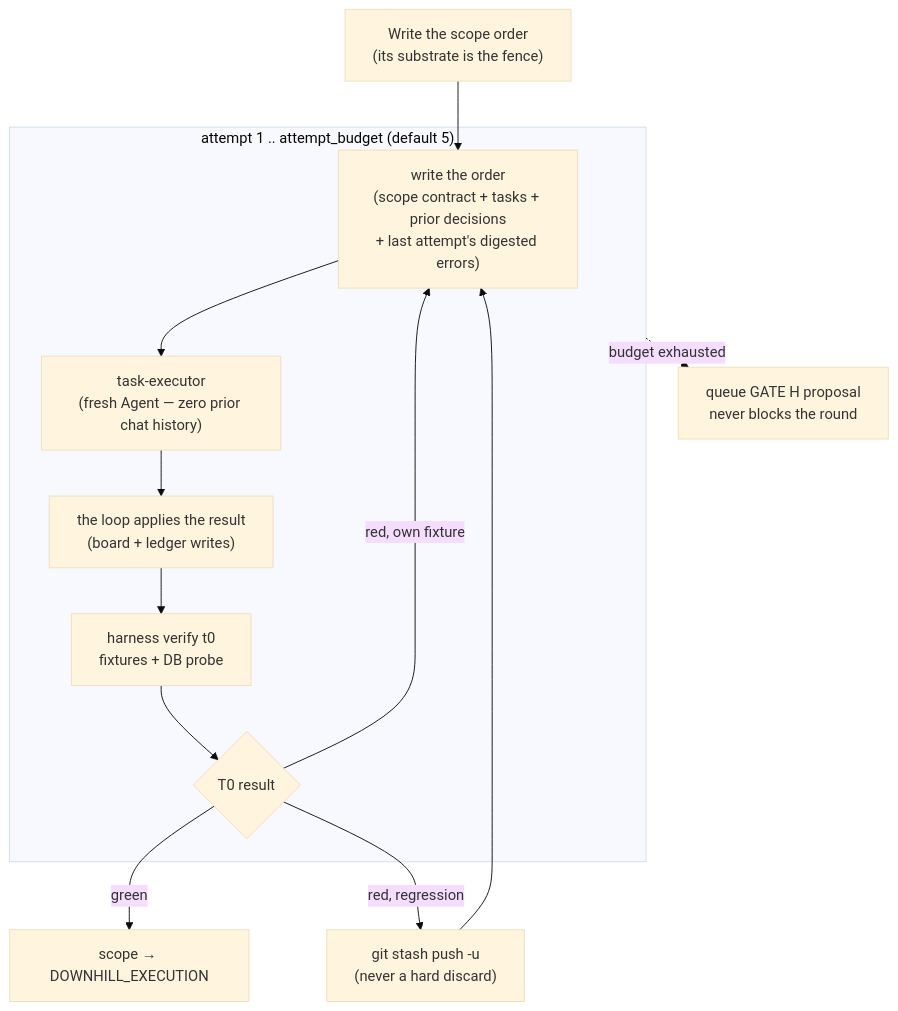
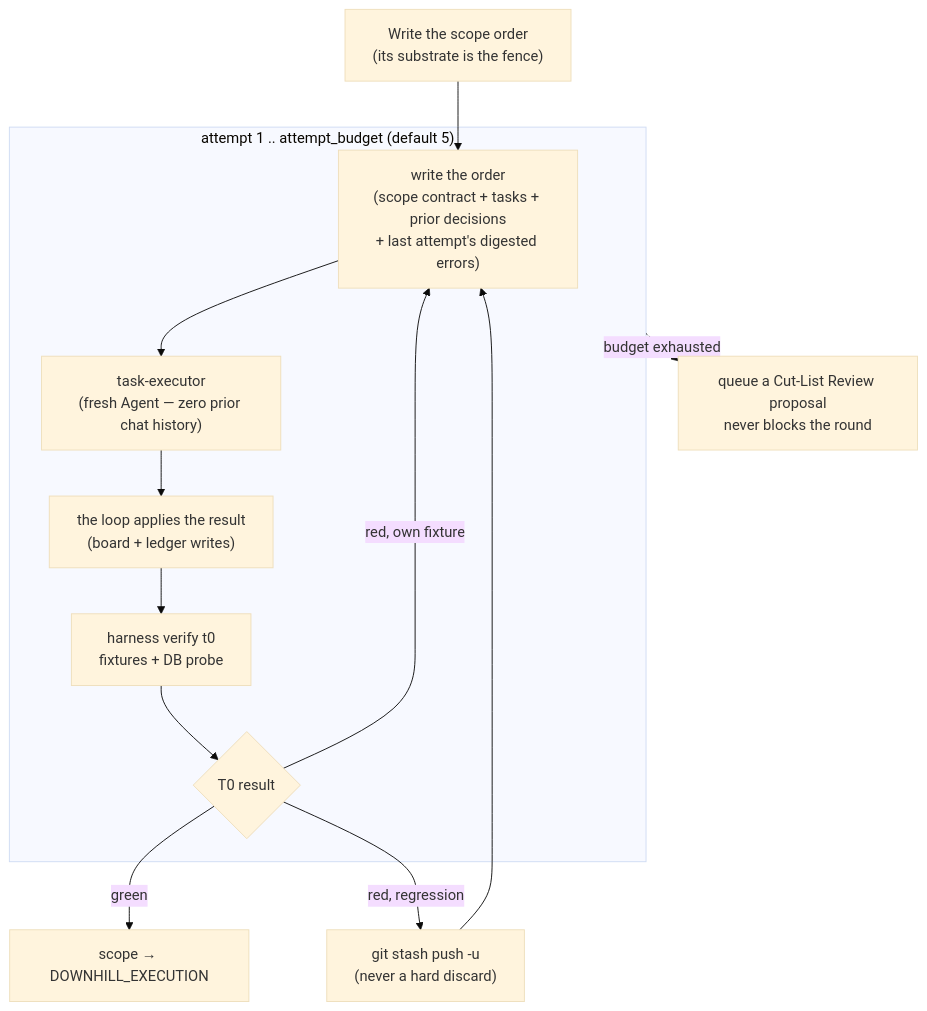
One commit to nguyenvanphituoc/shapeup-sdlc-plugin changed the diagram in docs/design/04-functional-design.md. Above: the diagram before and after it, drawn with Mermaid (base theme). The commit also changed other lines of this file and 46 other files, not shown here.

````diff
--- a/docs/design/04-functional-design.md
+++ b/docs/design/04-functional-design.md
@@ -21,14 +21,14 @@
 ```mermaid
 flowchart TD
     S0["Write the scope order\n(its substrate is the fence)"] --> A1
     subgraph LOOP["attempt 1 .. attempt_budget (default 5)"]
       A1["write the order\n(scope contract + tasks + prior decisions\n+ last attempt's digested errors)"] --> A2["task-executor\n(fresh Agent — zero prior chat history)"]
       A2 --> A3["the loop applies the result\n(board + ledger writes)"]
       A3 --> A6["harness verify t0\nfixtures + DB probe"]
       A6 --> A7{"T0 result"}
     end
     A7 -- green --> DONE["scope → DOWNHILL_EXECUTION"]
     A7 -- "red, regression" --> STASH["git stash push -u\n(never a hard discard)"] --> A1
     A7 -- "red, own fixture" --> A1
-    LOOP -. budget exhausted .-> HAMMER["queue GATE H proposal\nnever blocks the round"]
+    LOOP -. budget exhausted .-> HAMMER["queue a Cut-List Review proposal\nnever blocks the round"]
 ```
````
